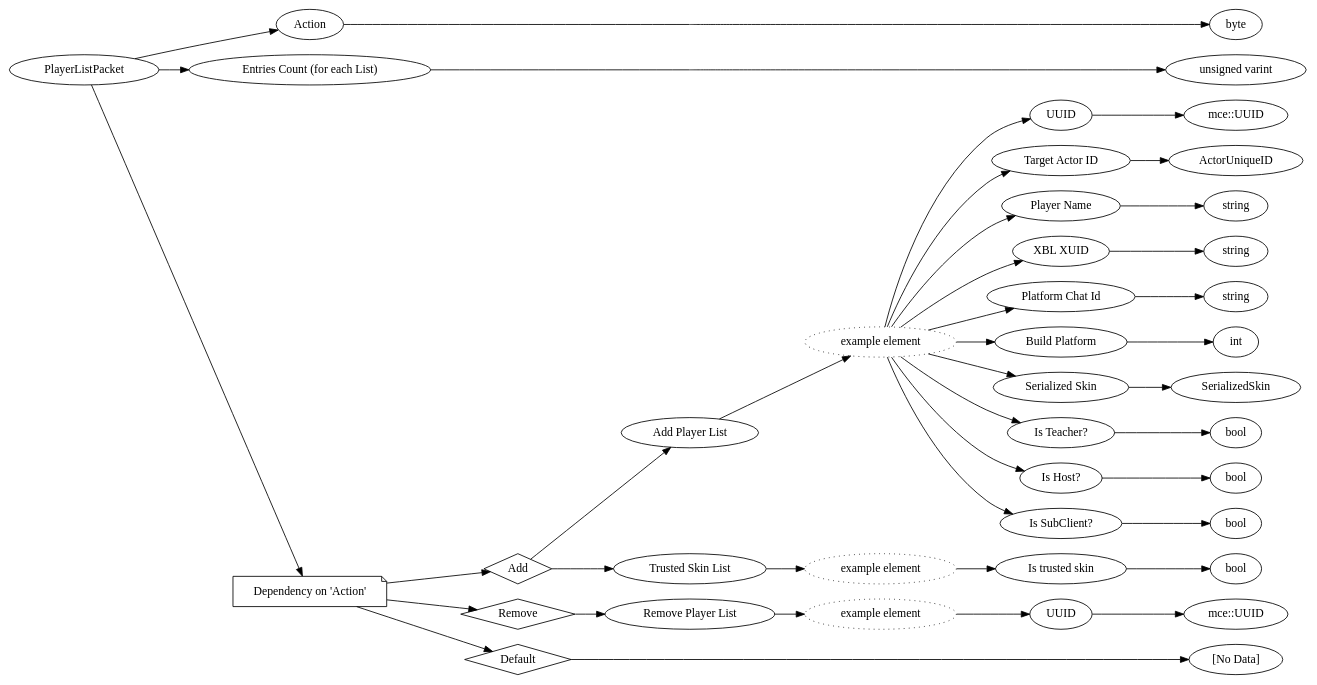
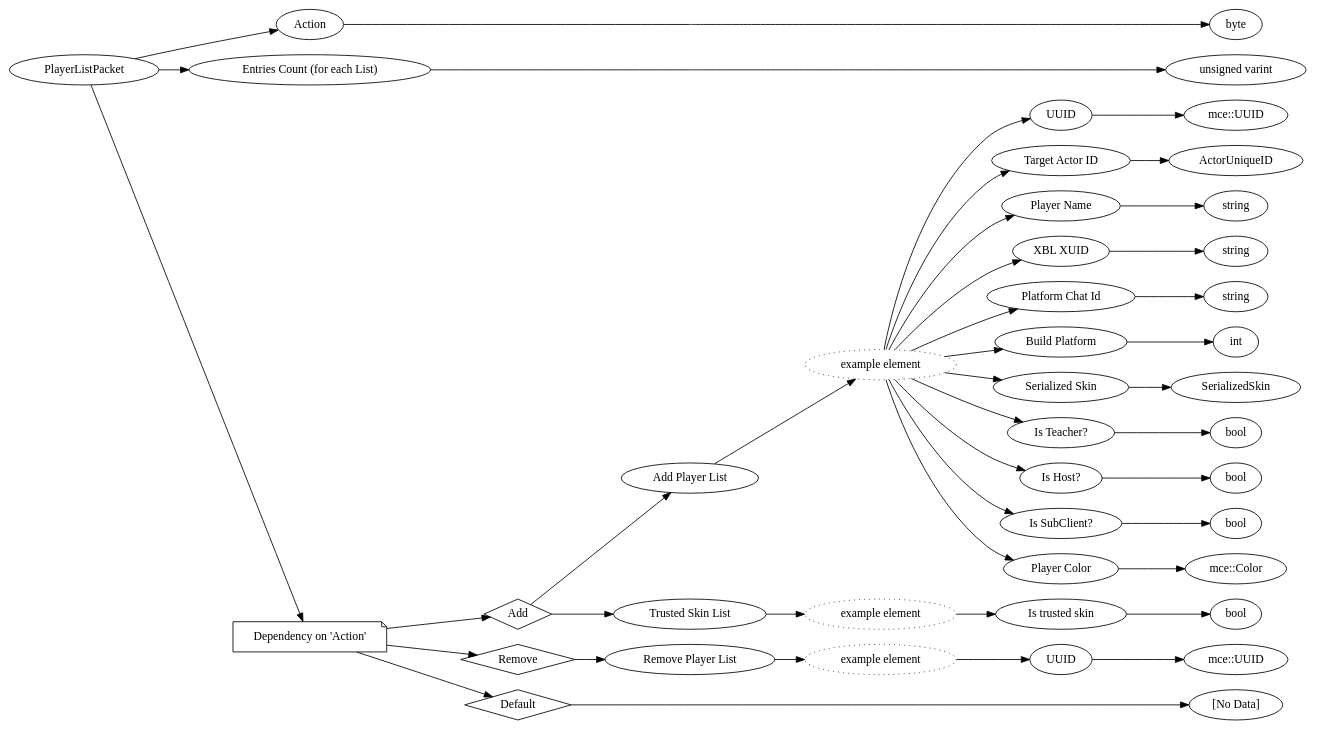
Before and after one commit to Mojang/bedrock-protocol-docs: the diagram in dot/PlayerListPacket.dot, drawn with Graphviz. The commit also changed 183 other files, not shown here.

```diff
--- a/dot/PlayerListPacket.dot
+++ b/dot/PlayerListPacket.dot
@@ -1,86 +1,90 @@
 digraph "PlayerListPacket" {
 rankdir = LR
 0
 0 -> 1
 1 -> 2
 0 -> 3
 3 -> 4
 0 -> 5
 5 -> 6
 6 -> 7
 7 -> 8
 8 -> 9
 9 -> 10
 8 -> 11
 11 -> 12
 8 -> 13
 13 -> 14
 8 -> 15
 15 -> 16
 8 -> 17
 17 -> 18
 8 -> 19
 19 -> 20
 8 -> 21
 21 -> 113
 8 -> 114
 114 -> 115
 8 -> 116
 116 -> 117
 8 -> 118
 118 -> 119
-6 -> 120
-120 -> 121
-121 -> 122
-122 -> 123
-5 -> 124
-124 -> 125
+8 -> 120
+120 -> 124
+6 -> 125
 125 -> 126
 126 -> 127
 127 -> 128
 5 -> 129
 129 -> 130
+130 -> 131
+131 -> 132
+132 -> 133
+5 -> 134
+134 -> 135
 
 0 [label="PlayerListPacket",comment="name: \"PlayerListPacket\", typeName: \"\", id: 0, branchId: 63, recurseId: -1, attributes: 0, notes: \"\""];
 1 [label="Action",comment="name: \"Action\", typeName: \"\", id: 1, branchId: 0, recurseId: -1, attributes: 0, notes: \"\""];
 2 [label="byte",comment="name: \"byte\", typeName: \"\", id: 2, branchId: 0, recurseId: -1, attributes: 512, notes: \"\""];
 3 [label="Entries Count (for each List)",comment="name: \"Entries Count (for each List)\", typeName: \"\", id: 3, branchId: 0, recurseId: -1, attributes: 0, notes: \"\""];
 4 [label="unsigned varint",comment="name: \"unsigned varint\", typeName: \"\", id: 4, branchId: 0, recurseId: -1, attributes: 512, notes: \"\""];
 5 [label="Dependency on 'Action'",shape=note,comment="name: \"Dependency on 'Action'\", typeName: \"\", id: 5, branchId: 0, recurseId: -1, attributes: 2, notes: \"\""];
 6 [label="Add",shape=diamond,comment="name: \"Add\", typeName: \"\", id: 6, branchId: 0, recurseId: -1, attributes: 4, notes: \"\""];
 7 [label="Add Player List",comment="name: \"Add Player List\", typeName: \"\", id: 7, branchId: 0, recurseId: -1, attributes: 8, notes: \"\""];
 8 [label="example element",style=dotted,comment="name: \"example element\", typeName: \"\", id: 8, branchId: 0, recurseId: -1, attributes: 16, notes: \"\""];
 9 [label="UUID",comment="name: \"UUID\", typeName: \"mce::UUID\", id: 9, branchId: 0, recurseId: -1, attributes: 256, notes: \"\""];
 10 [label="mce::UUID",comment="name: \"mce::UUID\", typeName: \"\", id: 10, branchId: 0, recurseId: -1, attributes: 512, notes: \"\""];
 11 [label="Target Actor ID",comment="name: \"Target Actor ID\", typeName: \"ActorUniqueID\", id: 11, branchId: 0, recurseId: -1, attributes: 256, notes: \"\""];
 12 [label="ActorUniqueID",comment="name: \"ActorUniqueID\", typeName: \"\", id: 12, branchId: 0, recurseId: -1, attributes: 512, notes: \"\""];
 13 [label="Player Name",comment="name: \"Player Name\", typeName: \"\", id: 13, branchId: 0, recurseId: -1, attributes: 0, notes: \"\""];
 14 [label="string",comment="name: \"string\", typeName: \"\", id: 14, branchId: 0, recurseId: -1, attributes: 512, notes: \"\""];
 15 [label="XBL XUID",comment="name: \"XBL XUID\", typeName: \"\", id: 15, branchId: 0, recurseId: -1, attributes: 0, notes: \"\""];
 16 [label="string",comment="name: \"string\", typeName: \"\", id: 16, branchId: 0, recurseId: -1, attributes: 512, notes: \"\""];
 17 [label="Platform Chat Id",comment="name: \"Platform Chat Id\", typeName: \"\", id: 17, branchId: 0, recurseId: -1, attributes: 0, notes: \"\""];
 18 [label="string",comment="name: \"string\", typeName: \"\", id: 18, branchId: 0, recurseId: -1, attributes: 512, notes: \"\""];
 19 [label="Build Platform",comment="name: \"Build Platform\", typeName: \"\", id: 19, branchId: 0, recurseId: -1, attributes: 0, notes: \"\""];
 20 [label="int",comment="name: \"int\", typeName: \"\", id: 20, branchId: 0, recurseId: -1, attributes: 512, notes: \"\""];
 21 [label="Serialized Skin",comment="name: \"Serialized Skin\", typeName: \"SerializedSkin\", id: 21, branchId: 0, recurseId: -1, attributes: 256, notes: \"\""];
 113 [label="SerializedSkin",comment="name: \"SerializedSkin\", typeName: \"\", id: 113, branchId: 0, recurseId: -1, attributes: 512, notes: \"\""];
 114 [label="Is Teacher?",comment="name: \"Is Teacher?\", typeName: \"\", id: 114, branchId: 0, recurseId: -1, attributes: 0, notes: \"\""];
 115 [label="bool",comment="name: \"bool\", typeName: \"\", id: 115, branchId: 0, recurseId: -1, attributes: 512, notes: \"\""];
 116 [label="Is Host?",comment="name: \"Is Host?\", typeName: \"\", id: 116, branchId: 0, recurseId: -1, attributes: 0, notes: \"\""];
 117 [label="bool",comment="name: \"bool\", typeName: \"\", id: 117, branchId: 0, recurseId: -1, attributes: 512, notes: \"\""];
 118 [label="Is SubClient?",comment="name: \"Is SubClient?\", typeName: \"\", id: 118, branchId: 0, recurseId: -1, attributes: 0, notes: \"\""];
 119 [label="bool",comment="name: \"bool\", typeName: \"\", id: 119, branchId: 0, recurseId: -1, attributes: 512, notes: \"\""];
-120 [label="Trusted Skin List",comment="name: \"Trusted Skin List\", typeName: \"\", id: 120, branchId: 0, recurseId: -1, attributes: 8, notes: \"\""];
-121 [label="example element",style=dotted,comment="name: \"example element\", typeName: \"\", id: 121, branchId: 0, recurseId: -1, attributes: 16, notes: \"\""];
-122 [label="Is trusted skin",comment="name: \"Is trusted skin\", typeName: \"\", id: 122, branchId: 0, recurseId: -1, attributes: 0, notes: \"\""];
-123 [label="bool",comment="name: \"bool\", typeName: \"\", id: 123, branchId: 0, recurseId: -1, attributes: 512, notes: \"\""];
-124 [label="Remove",shape=diamond,comment="name: \"Remove\", typeName: \"\", id: 124, branchId: 1, recurseId: -1, attributes: 4, notes: \"\""];
-125 [label="Remove Player List",comment="name: \"Remove Player List\", typeName: \"\", id: 125, branchId: 0, recurseId: -1, attributes: 8, notes: \"\""];
+120 [label="Player Color",comment="name: \"Player Color\", typeName: \"mce::Color\", id: 120, branchId: 0, recurseId: -1, attributes: 256, notes: \"\""];
+124 [label="mce::Color",comment="name: \"mce::Color\", typeName: \"\", id: 124, branchId: 0, recurseId: -1, attributes: 512, notes: \"\""];
+125 [label="Trusted Skin List",comment="name: \"Trusted Skin List\", typeName: \"\", id: 125, branchId: 0, recurseId: -1, attributes: 8, notes: \"\""];
 126 [label="example element",style=dotted,comment="name: \"example element\", typeName: \"\", id: 126, branchId: 0, recurseId: -1, attributes: 16, notes: \"\""];
-127 [label="UUID",comment="name: \"UUID\", typeName: \"mce::UUID\", id: 127, branchId: 0, recurseId: -1, attributes: 256, notes: \"\""];
-128 [label="mce::UUID",comment="name: \"mce::UUID\", typeName: \"\", id: 128, branchId: 0, recurseId: -1, attributes: 512, notes: \"\""];
-129 [label="Default",shape=diamond,comment="name: \"Default\", typeName: \"\", id: 129, branchId: 2, recurseId: -1, attributes: 4, notes: \"\""];
-130 [label="[No Data]",comment="name: \"[No Data]\", typeName: \"\", id: 130, branchId: 0, recurseId: -1, attributes: 512, notes: \"\""];
-{ rank = max;2;4;10;12;14;16;18;20;113;115;117;119;123;128;130}
+127 [label="Is trusted skin",comment="name: \"Is trusted skin\", typeName: \"\", id: 127, branchId: 0, recurseId: -1, attributes: 0, notes: \"\""];
+128 [label="bool",comment="name: \"bool\", typeName: \"\", id: 128, branchId: 0, recurseId: -1, attributes: 512, notes: \"\""];
+129 [label="Remove",shape=diamond,comment="name: \"Remove\", typeName: \"\", id: 129, branchId: 1, recurseId: -1, attributes: 4, notes: \"\""];
+130 [label="Remove Player List",comment="name: \"Remove Player List\", typeName: \"\", id: 130, branchId: 0, recurseId: -1, attributes: 8, notes: \"\""];
+131 [label="example element",style=dotted,comment="name: \"example element\", typeName: \"\", id: 131, branchId: 0, recurseId: -1, attributes: 16, notes: \"\""];
+132 [label="UUID",comment="name: \"UUID\", typeName: \"mce::UUID\", id: 132, branchId: 0, recurseId: -1, attributes: 256, notes: \"\""];
+133 [label="mce::UUID",comment="name: \"mce::UUID\", typeName: \"\", id: 133, branchId: 0, recurseId: -1, attributes: 512, notes: \"\""];
+134 [label="Default",shape=diamond,comment="name: \"Default\", typeName: \"\", id: 134, branchId: 2, recurseId: -1, attributes: 4, notes: \"\""];
+135 [label="[No Data]",comment="name: \"[No Data]\", typeName: \"\", id: 135, branchId: 0, recurseId: -1, attributes: 512, notes: \"\""];
+{ rank = max;2;4;10;12;14;16;18;20;113;115;117;119;124;128;133;135}
 
 }
```
